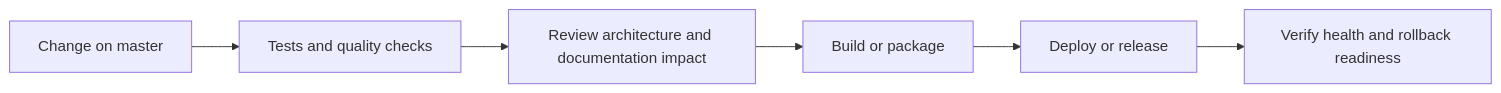
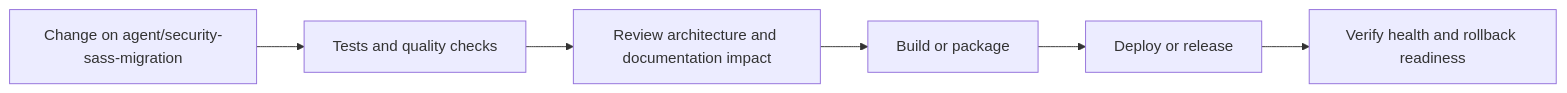
One commit to Nischhalsubba/Sourcement changed the fourth of 5 diagrams in README.md. Above: the diagram before and after it, drawn with Mermaid. The commit also changed other lines of this file, not shown here.

````diff
--- a/README.md
+++ b/README.md
@@ -140,8 +140,8 @@
 ```mermaid
 flowchart LR
-    CHANGE["Change on master"] --> CHECK["Tests and quality checks"]
+    CHANGE["Change on agent/security-sass-migration"] --> CHECK["Tests and quality checks"]
     CHECK --> REVIEW["Review architecture and documentation impact"]
     REVIEW --> BUILD["Build or package"]
     BUILD --> DEPLOY["Deploy or release"]
     DEPLOY --> VERIFY["Verify health and rollback readiness"]
 ```
````
